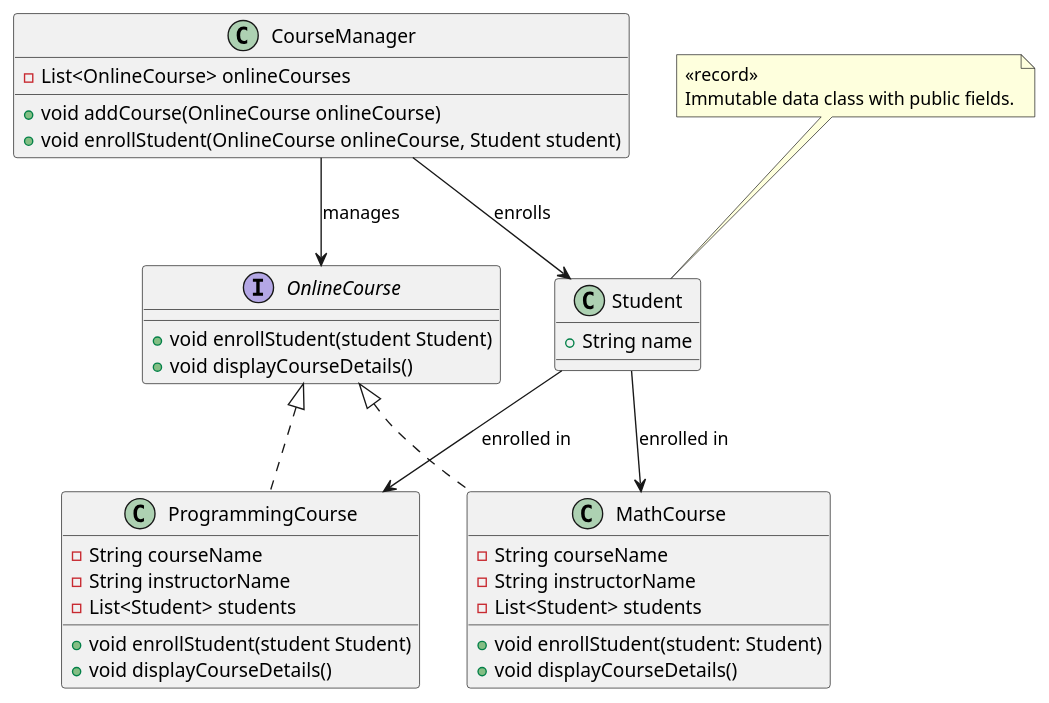
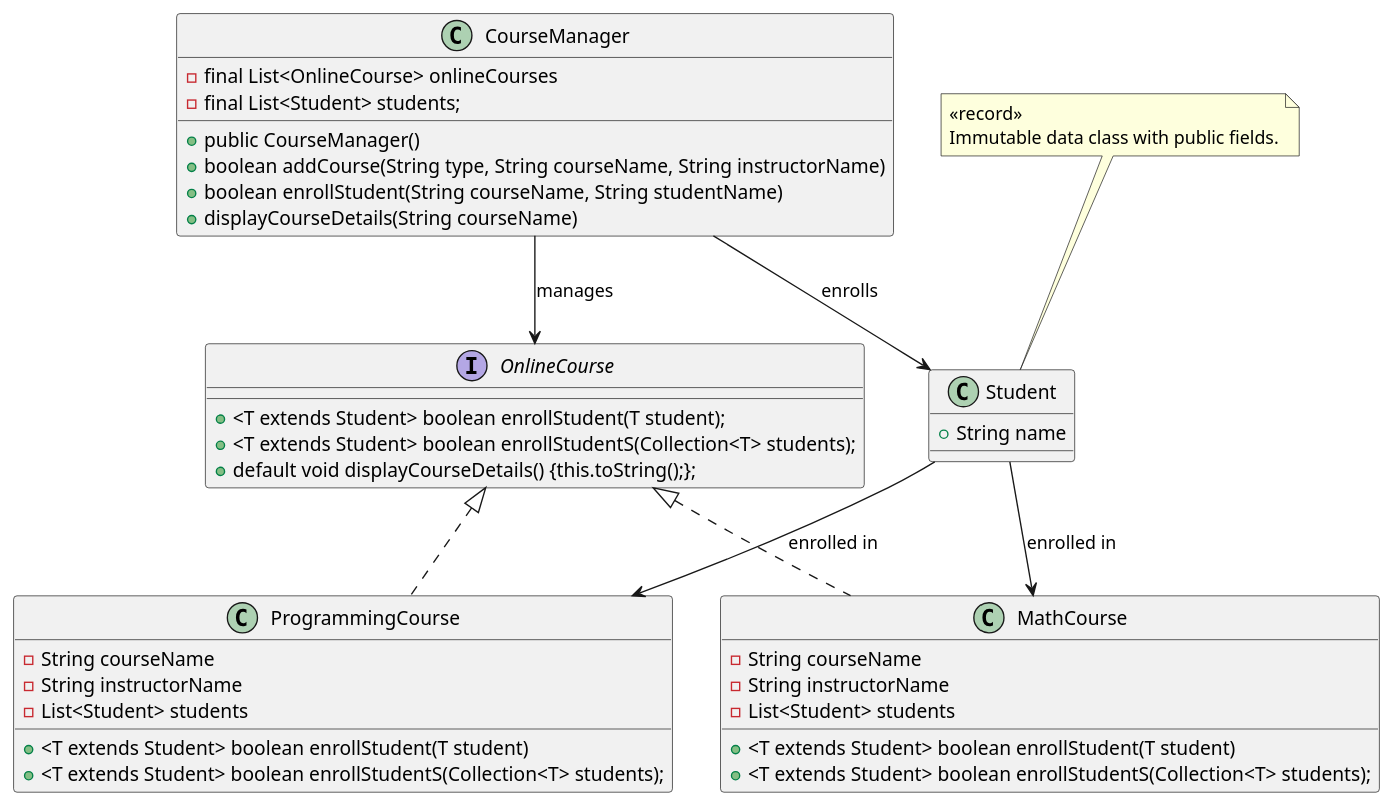
Before and after one commit to StudentsOnly/47-java-online-courses: the diagram in ClassDiagram.puml, drawn with PlantUML. The commit also changed 8 other files, not shown here.

Commit message:
application including ClassDiagram PUML PNG

```diff
--- a/ClassDiagram.puml
+++ b/ClassDiagram.puml
@@ -1,50 +1,54 @@
 @startuml
 ' Define the interface
 interface OnlineCourse {
-    + void enrollStudent(student Student)
-    + void displayCourseDetails()
+        + <T extends Student> boolean enrollStudent(T student);
+        + <T extends Student> boolean enrollStudentS(Collection<T> students);
+        + default void displayCourseDetails() {this.toString();};
 }
 
-' Define the Student class with a note
+' Define the org.digitalcareerinstitute.Student class with a note
 class Student {
     + String name
 }
 
 note top of Student
     <<record>>
     Immutable data class with public fields.
 end note
 
 ' Define classes that implement the OnlineCourse interface
 class ProgrammingCourse implements OnlineCourse {
     - String courseName
     - String instructorName
     - List<Student> students
-    + void enrollStudent(student Student)
-    + void displayCourseDetails()
+    + <T extends Student> boolean enrollStudent(T student)
+    + <T extends Student> boolean enrollStudentS(Collection<T> students);
 }
 
 class MathCourse implements OnlineCourse {
     - String courseName
     - String instructorName
     - List<Student> students
-    + void enrollStudent(student: Student)
-    + void displayCourseDetails()
+    + <T extends Student> boolean enrollStudent(T student)
+    + <T extends Student> boolean enrollStudentS(Collection<T> students);
 }
 
 ' Define the CourseManager class
 class CourseManager {
-    - List<OnlineCourse> onlineCourses
-    + void addCourse(OnlineCourse onlineCourse)
-    + void enrollStudent(OnlineCourse onlineCourse, Student student)
+    - final List<OnlineCourse> onlineCourses
+    - final List<Student> students;
+    + public CourseManager()
+    + boolean addCourse(String type, String courseName, String instructorName)
+    + boolean enrollStudent(String courseName, String studentName)
+    + displayCourseDetails(String courseName)
 }
 
 ' Define relationships between the classes and interface
 Student --> ProgrammingCourse : enrolled in
 Student --> MathCourse : enrolled in
 ' ProgrammingCourse --> OnlineCourse
 ' MathCourse --> OnlineCourse
 CourseManager --> OnlineCourse : manages
 CourseManager --> Student : enrolls
 
 @enduml
```
